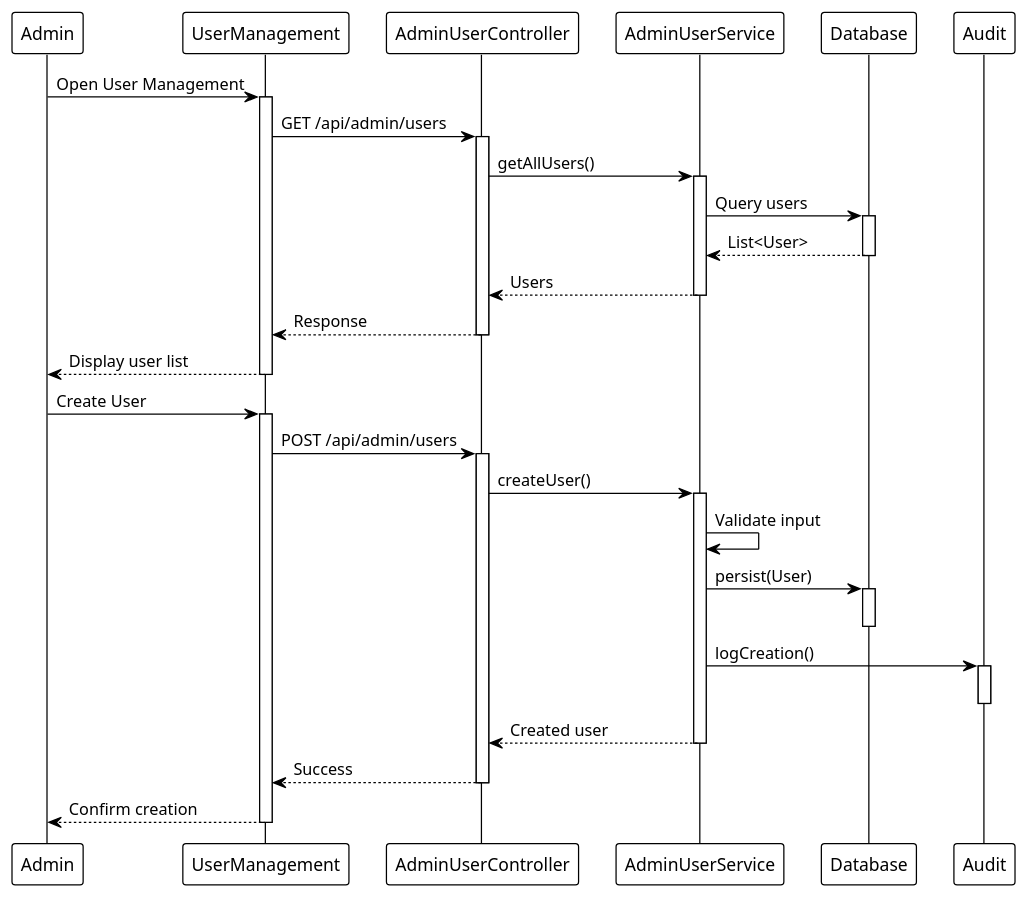
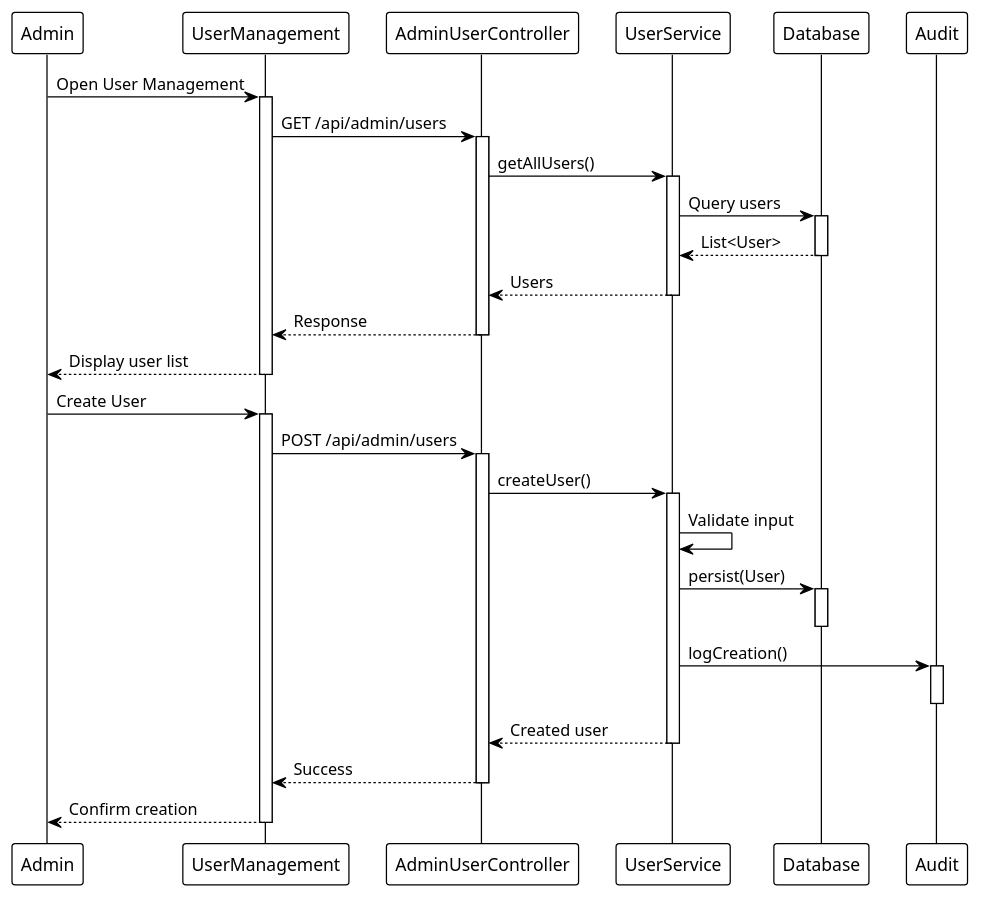
Diagram 21 of 29 in Capstone Files/Module2.md (lawas-tess/SPMP-Evaluator), drawn with PlantUML before and after one commit. The commit also changed other lines of this file and 8 other files, not shown here.

Commit message:
Add AI integration architecture docs, PlantUML diagrams, and presentation script; Update modules with hybrid AI approach; Switch to Amazon Nova model with timeout protection

````diff
--- a/Capstone Files/Module2.md
+++ b/Capstone Files/Module2.md
@@ -2240,48 +2344,48 @@
 ```plantuml
 @startuml UserManagement_Sequence
 !theme plain
 participant "Admin" as Admin
 participant "UserManagement" as UI
 participant "AdminUserController" as Ctrl
-participant "AdminUserService" as Service
+participant "UserService" as Service
 participant "Database" as DB
 participant "Audit" as AuditLog
 
 Admin -> UI: Open User Management
 activate UI
 UI -> Ctrl: GET /api/admin/users
 activate Ctrl
 Ctrl -> Service: getAllUsers()
 activate Service
 Service -> DB: Query users
 activate DB
 DB --> Service: List<User>
 deactivate DB
 Service --> Ctrl: Users
 deactivate Service
 Ctrl --> UI: Response
 deactivate Ctrl
 UI --> Admin: Display user list
 deactivate UI
 
 Admin -> UI: Create User
 activate UI
 UI -> Ctrl: POST /api/admin/users
 activate Ctrl
 Ctrl -> Service: createUser()
 activate Service
 Service -> Service: Validate input
 Service -> DB: persist(User)
 activate DB
 deactivate DB
 Service -> AuditLog: logCreation()
 activate AuditLog
 deactivate AuditLog
 Service --> Ctrl: Created user
 deactivate Service
 Ctrl --> UI: Success
 deactivate Ctrl
 UI --> Admin: Confirm creation
 deactivate UI
 @enduml
 ```
````
